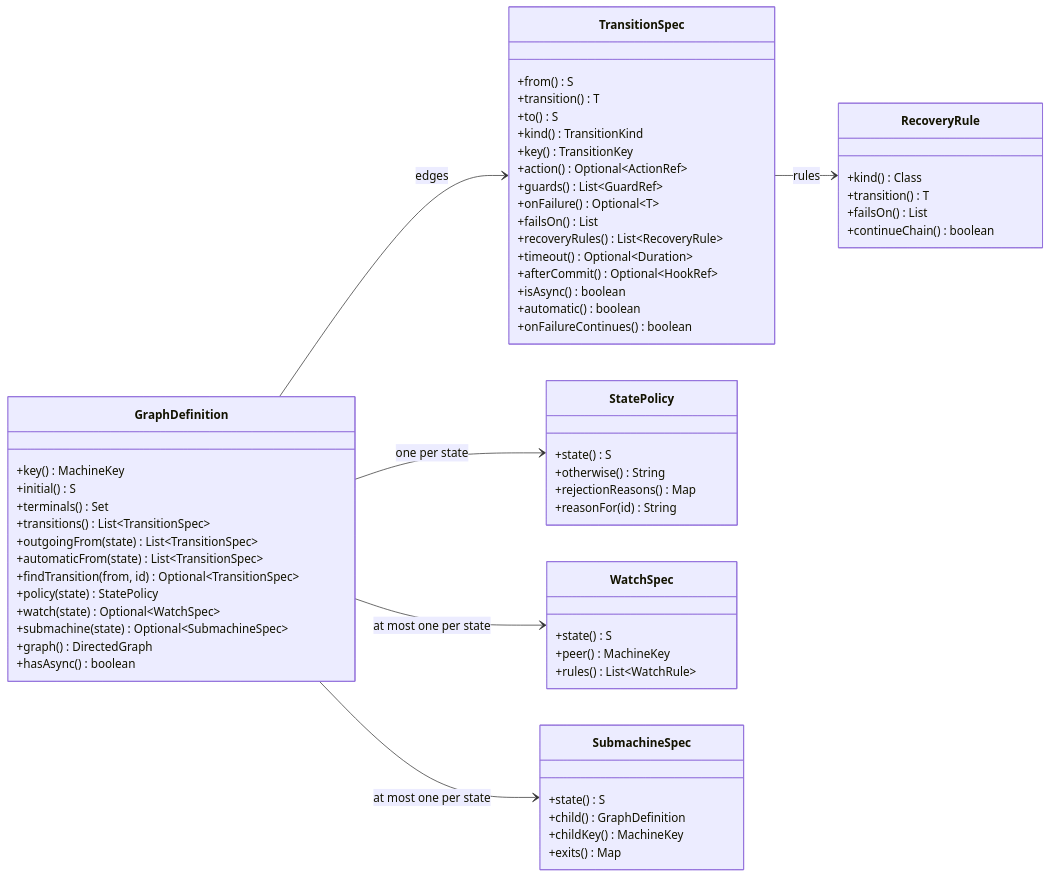
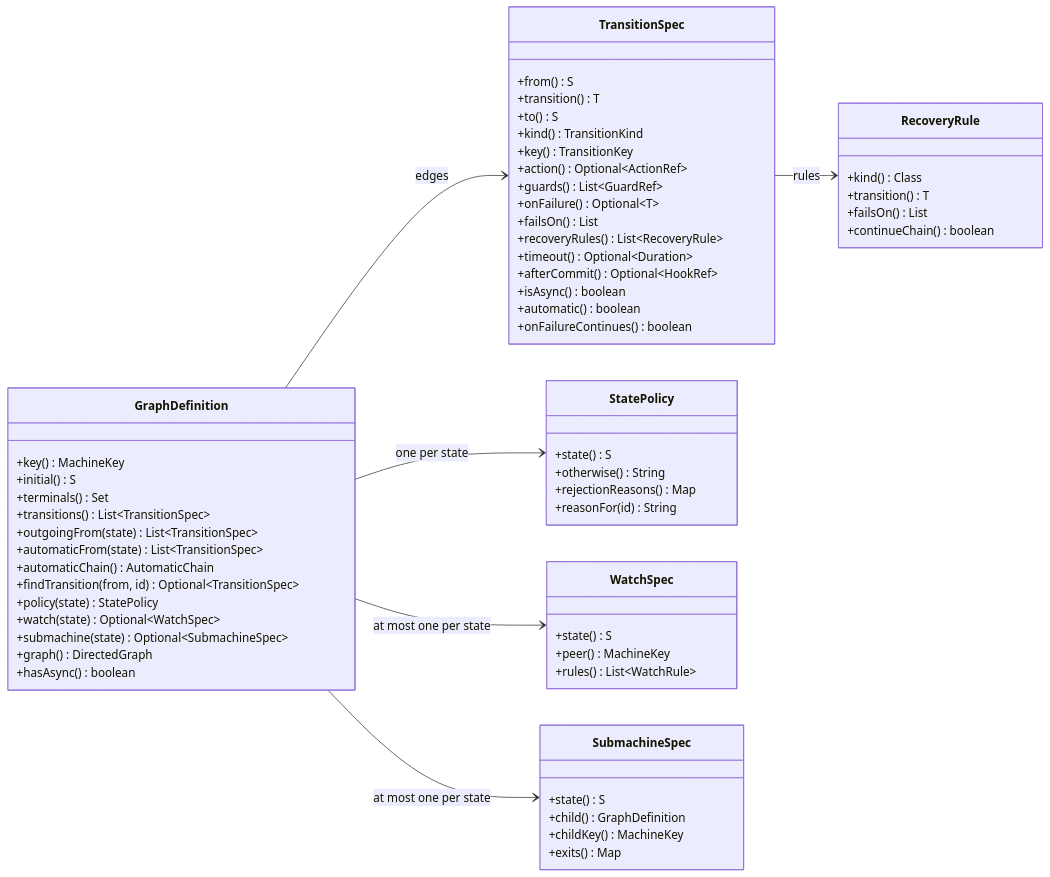
Before and after one commit to graphmaquina/graphmaquina: the diagram in docs/graph-inspection.md, drawn with Mermaid. The commit also changed other lines of this file and 24 other files, not shown here.

````diff
--- a/docs/graph-inspection.md
+++ b/docs/graph-inspection.md
@@ -36,63 +38,64 @@
 ```mermaid
 classDiagram
     direction LR
     class GraphDefinition {
         +key() MachineKey
         +initial() S
         +terminals() Set
         +transitions() List~TransitionSpec~
         +outgoingFrom(state) List~TransitionSpec~
         +automaticFrom(state) List~TransitionSpec~
+        +automaticChain() AutomaticChain
         +findTransition(from, id) Optional~TransitionSpec~
         +policy(state) StatePolicy
         +watch(state) Optional~WatchSpec~
         +submachine(state) Optional~SubmachineSpec~
         +graph() DirectedGraph
         +hasAsync() boolean
     }
     class TransitionSpec {
         +from() S
         +transition() T
         +to() S
         +kind() TransitionKind
         +key() TransitionKey
         +action() Optional~ActionRef~
         +guards() List~GuardRef~
         +onFailure() Optional~T~
         +failsOn() List
         +recoveryRules() List~RecoveryRule~
         +timeout() Optional~Duration~
         +afterCommit() Optional~HookRef~
         +isAsync() boolean
         +automatic() boolean
         +onFailureContinues() boolean
     }
     class RecoveryRule {
         +kind() Class
         +transition() T
         +failsOn() List
         +continueChain() boolean
     }
     class StatePolicy {
         +state() S
         +otherwise() String
         +rejectionReasons() Map
         +reasonFor(id) String
     }
     class WatchSpec {
         +state() S
         +peer() MachineKey
         +rules() List~WatchRule~
     }
     class SubmachineSpec {
         +state() S
         +child() GraphDefinition
         +childKey() MachineKey
         +exits() Map
     }
     GraphDefinition --> TransitionSpec : edges
     TransitionSpec --> RecoveryRule : rules
     GraphDefinition --> StatePolicy : one per state
     GraphDefinition --> WatchSpec : at most one per state
     GraphDefinition --> SubmachineSpec : at most one per state
 ```
````
